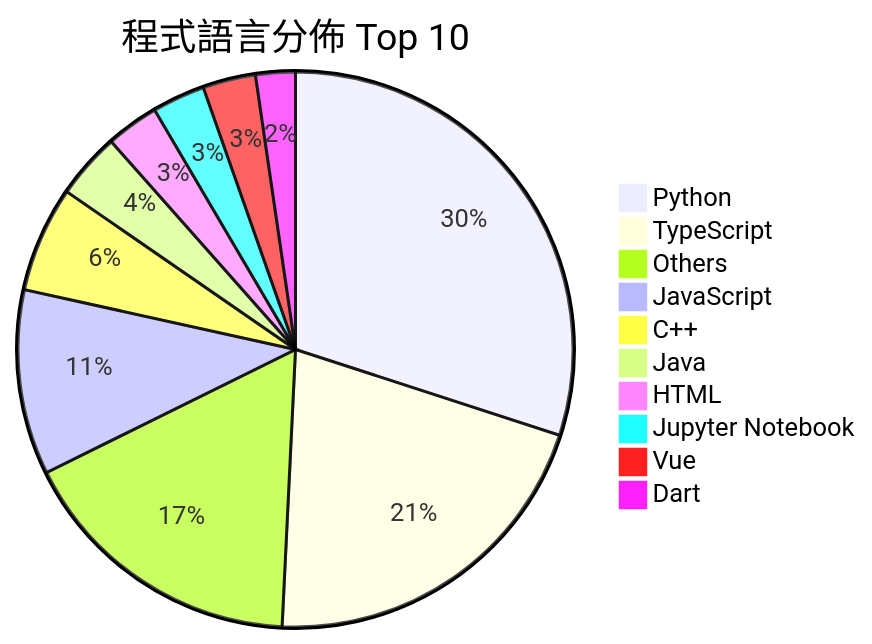
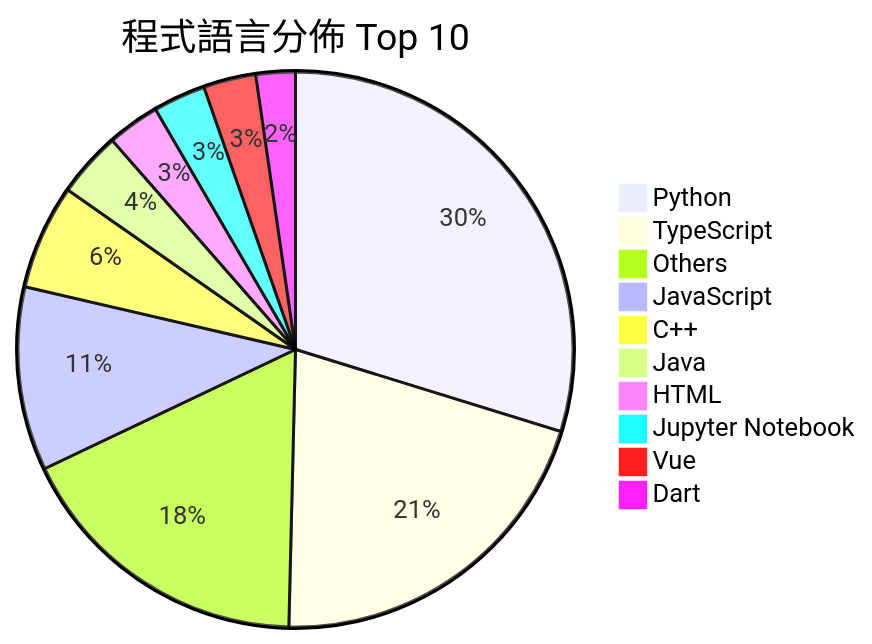
The second of 2 diagrams in README.md (Andy87877/GitHub-Star-Manager), drawn with Mermaid before and after one commit. The commit also changed other lines of this file and 3 other files, not shown here.

````diff
--- a/README.md
+++ b/README.md
@@ -27,13 +27,13 @@
 ```mermaid
 pie title 程式語言分佈 Top 10
     "Python" : 39
     "TypeScript" : 27
-    "Others" : 22
+    "Others" : 23
     "JavaScript" : 14
     "C++" : 8
     "Java" : 5
     "HTML" : 4
     "Jupyter Notebook" : 4
     "Vue" : 4
     "Dart" : 3
 ```
````
